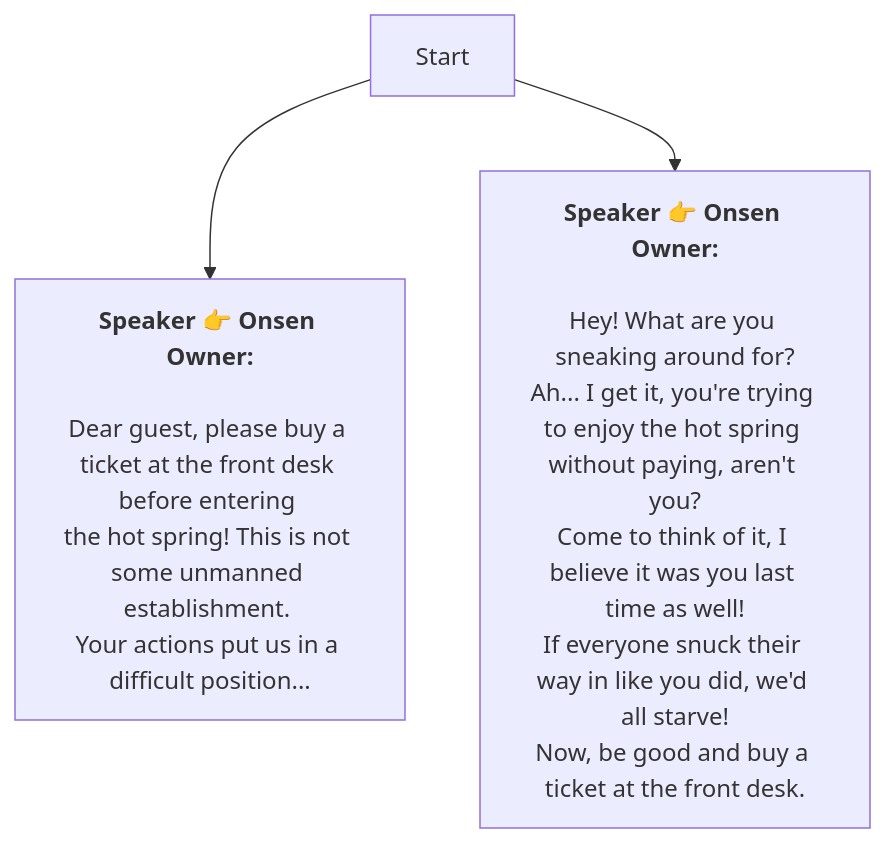
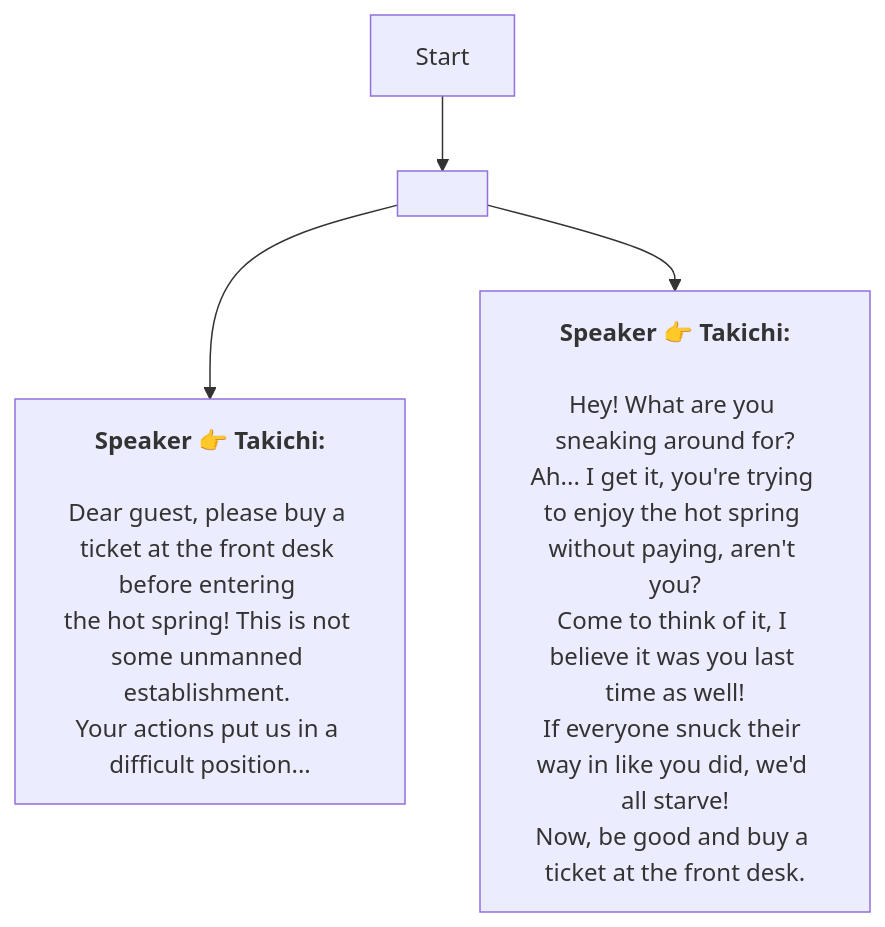
One commit to SoftHu/tos_avg changed the diagram in En/HotSpringGuard.md. Above: the diagram before and after it, drawn with Mermaid. The commit also changed 737 other files, not shown here.

````diff
--- a/En/HotSpringGuard.md
+++ b/En/HotSpringGuard.md
@@ -1,16 +1,14 @@
 ```mermaid
 graph
-Start -->1767454272514941[<b>Speaker 👉 Onsen Owner:</b>
-
-Dear guest, please buy a ticket at the front desk before entering 
+Start -->1767454272513916[ ]
+1767454272513916 -->1767454272514941[<b>Speaker 👉 Takichi:</b>
+\nDear guest, please buy a ticket at the front desk before entering 
 the hot spring! This is not some unmanned establishment. 
 Your actions put us in a difficult position...]
-Start -->1767454272515966[<b>Speaker 👉 Onsen Owner:</b>
-
-Hey! What are you sneaking around for?
+1767454272513916 -->1767454272515966[<b>Speaker 👉 Takichi:</b>
+\nHey! What are you sneaking around for?
 Ah... I get it, you're trying to enjoy the hot spring without paying, aren't you?
-Come to think of it, I believe it was you last time as well!
-If everyone snuck their way in like you did, we'd all starve!
+Come to think of it, I believe it was you last time as well!\nIf everyone snuck their way in like you did, we'd all starve!
 Now, be good and buy a ticket at the front desk.]
 
- ```
+```
````
